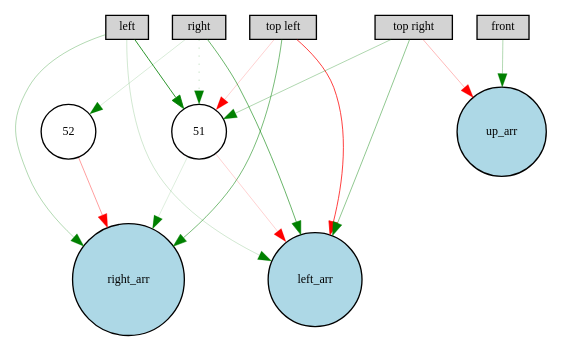
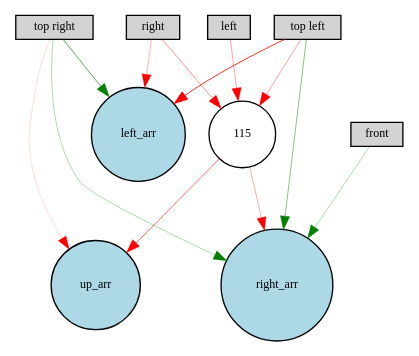
The diagram in AI/Digraph.gv (YashSax/AI-Racer), drawn with Graphviz before and after one commit. The commit also changed 3 other files, not shown here.

```diff
--- a/AI/Digraph.gv
+++ b/AI/Digraph.gv
@@ -1,29 +1,24 @@
 digraph {
 	node [fontsize=9 height=0.2 shape=circle width=0.2]
 	left [fillcolor=lightgray shape=box style=filled]
 	right [fillcolor=lightgray shape=box style=filled]
 	"top left" [fillcolor=lightgray shape=box style=filled]
 	"top right" [fillcolor=lightgray shape=box style=filled]
 	front [fillcolor=lightgray shape=box style=filled]
 	left_arr [fillcolor=lightblue style=filled]
 	up_arr [fillcolor=lightblue style=filled]
 	right_arr [fillcolor=lightblue style=filled]
-	51 [fillcolor=white style=filled]
-	52 [fillcolor=white style=filled]
-	"top left" -> right_arr [color=green penwidth=0.40064218667121687 style=solid]
-	"top left" -> 51 [color=red penwidth=0.14363670800478306 style=solid]
-	"top right" -> left_arr [color=green penwidth=0.32720767168977455 style=solid]
-	52 -> right_arr [color=red penwidth=0.28976351004875434 style=solid]
-	"top right" -> 51 [color=green penwidth=0.23688257205359017 style=solid]
-	right -> 51 [color=green penwidth=0.17692461934693587 style=dotted]
-	left -> left_arr [color=green penwidth=0.13959649303870297 style=solid]
-	"top left" -> left_arr [color=red penwidth=0.5634074363069683 style=solid]
-	right -> 52 [color=green penwidth=0.11705977850453998 style=solid]
-	front -> up_arr [color=green penwidth=0.23117389331454358 style=solid]
-	51 -> right_arr [color=green penwidth=0.10068754134736896 style=solid]
-	51 -> left_arr [color=red penwidth=0.14309341898204403 style=solid]
-	right -> left_arr [color=green penwidth=0.44108814699864685 style=solid]
-	left -> right_arr [color=green penwidth=0.2280979578248498 style=solid]
-	left -> 51 [color=green penwidth=0.6186364923902229 style=solid]
-	"top right" -> up_arr [color=red penwidth=0.21019300672683622 style=solid]
+	115 [fillcolor=white style=filled]
+	"top left" -> left_arr [color=red penwidth=0.6064939026803028 style=solid]
+	"top left" -> 115 [color=red penwidth=0.28002422658312554 style=solid]
+	"top left" -> right_arr [color=green penwidth=0.35873547403536854 style=solid]
+	"top right" -> left_arr [color=green penwidth=0.485262578313686 style=solid]
+	115 -> right_arr [color=red penwidth=0.25035479997666066 style=solid]
+	"top right" -> up_arr [color=red penwidth=0.10825027038910287 style=solid]
+	"top right" -> right_arr [color=green penwidth=0.22944083577416355 style=solid]
+	right -> left_arr [color=red penwidth=0.2317944604711745 style=solid]
+	right -> 115 [color=red penwidth=0.3222007253433816 style=solid]
+	front -> right_arr [color=green penwidth=0.24443222517179494 style=solid]
+	115 -> up_arr [color=red penwidth=0.4349419136166477 style=solid]
+	left -> 115 [color=red penwidth=0.27036834363361495 style=solid]
 }
```
